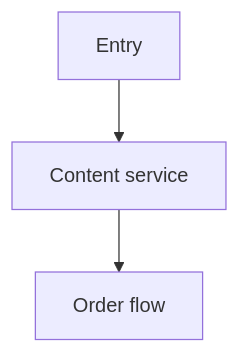
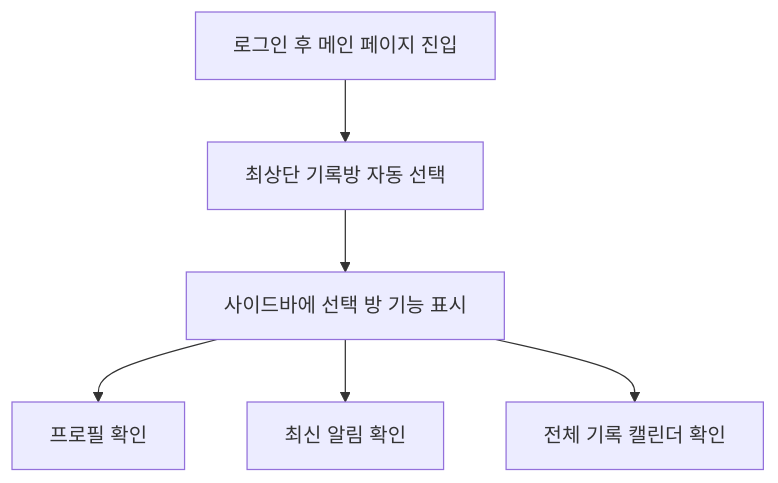
One commit to passionryu/assignment-test changed the first of 4 diagrams in docs/plan/screen-spec/v1.0/user-flow.md. Above: the diagram before and after it, drawn with Mermaid. The commit also changed other lines of this file and 10 other files, not shown here.

````diff
--- a/docs/plan/screen-spec/v1.0/user-flow.md
+++ b/docs/plan/screen-spec/v1.0/user-flow.md
@@ -5,5 +7,8 @@
 ```mermaid
 flowchart TD
-    A["Entry"] --> B["Content service"]
-    B --> C["Order flow"]
+    A["로그인 후 메인 페이지 진입"] --> B["최상단 기록방 자동 선택"]
+    B --> C["사이드바에 선택 방 기능 표시"]
+    C --> D["프로필 확인"]
+    C --> E["최신 알림 확인"]
+    C --> F["전체 기록 캘린더 확인"]
 ```
````
